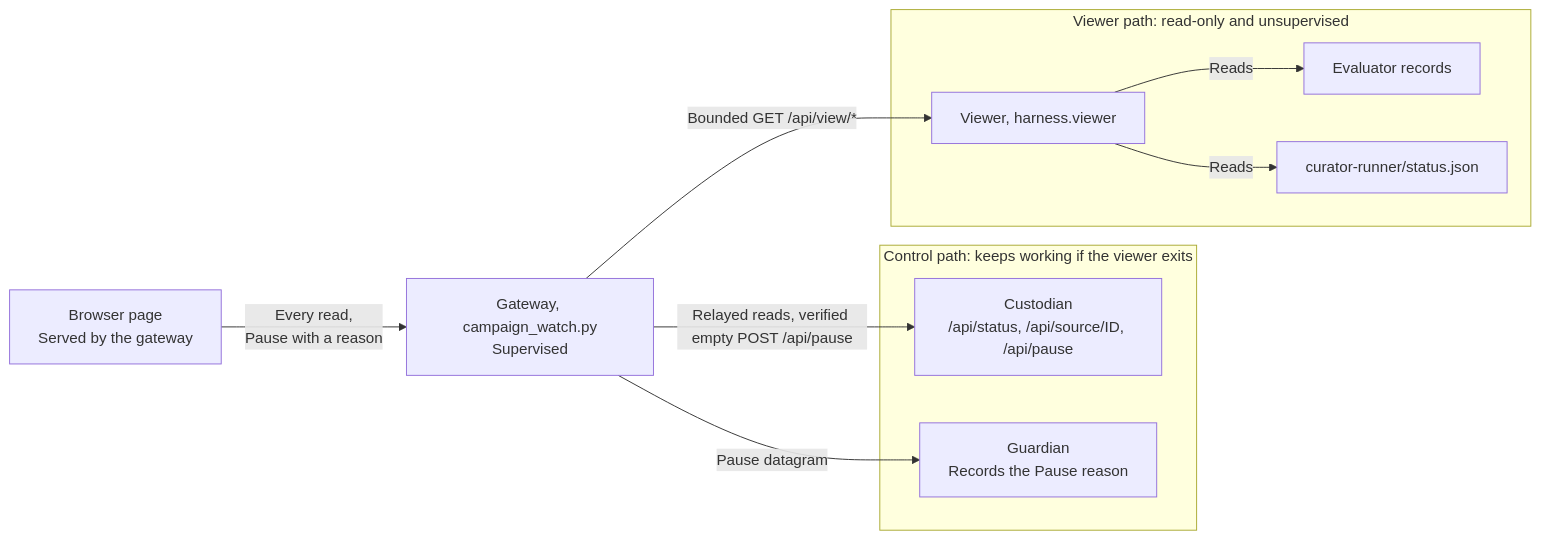
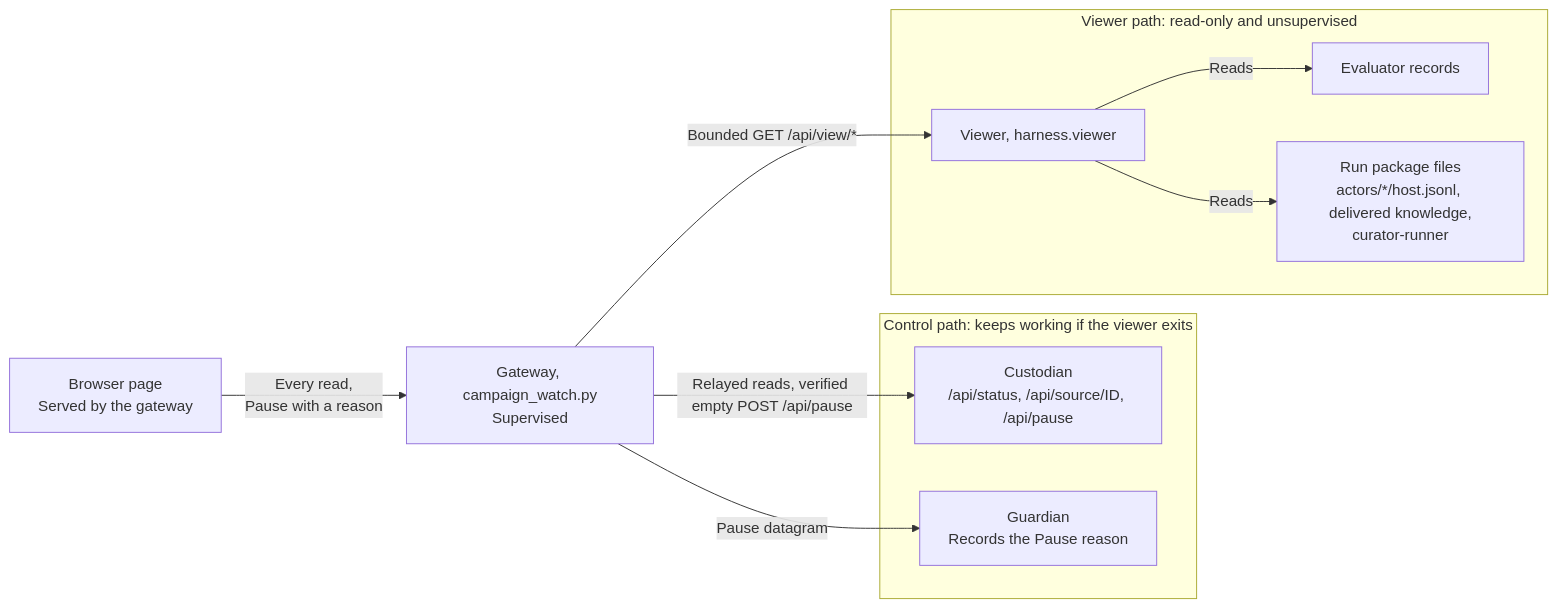
Before and after one commit to CVX-Hull/enactive: the diagram in docs/components/spectator.md, drawn with Mermaid. The commit also changed other lines of this file and 39 other files, not shown here.

````diff
--- a/docs/components/spectator.md
+++ b/docs/components/spectator.md
@@ -17,20 +17,20 @@
 ```mermaid
 flowchart LR
   accTitle: Spectator control path and read-only viewer
-  accDescr: The browser talks only to the gateway. On the control path the gateway relays status and source reads and a verified Pause to the custodian and tells the guardian about a Pause. On the viewer path it forwards bounded read requests to an unsupervised viewer, which reads evaluator records and the curator runner's status file. The viewer has no route to the custodian, so its exit changes neither Pause nor the live frame.
+  accDescr: The browser talks only to the gateway. On the control path the gateway relays status and source reads and a verified Pause to the custodian and tells the guardian about a Pause. On the viewer path it forwards bounded read requests to an unsupervised viewer, which reads evaluator records and files of the run package, the host traces, delivered knowledge and curator runner files among them. The viewer has no route to the custodian, so its exit changes neither Pause nor the live frame.
   B["Browser page<br/>Served by the gateway"] -->|"Every read,<br/>Pause with a reason"| G["Gateway, campaign_watch.py<br/>Supervised"]
   subgraph P["Control path: keeps working if the viewer exits"]
     C["Custodian<br/>/api/status, /api/source/ID, /api/pause"]
     D["Guardian<br/>Records the Pause reason"]
   end
   subgraph R["Viewer path: read-only and unsupervised"]
     V["Viewer, harness.viewer"]
     E["Evaluator records"]
-    S["curator-runner/status.json"]
+    S["Run package files<br/>actors/*/host.jsonl, delivered knowledge,<br/>curator-runner"]
   end
   G -->|"Relayed reads, verified empty POST /api/pause"| C
   G -->|"Pause datagram"| D
   G -->|"Bounded GET /api/view/*"| V
   V -->|"Reads"| E
   V -->|"Reads"| S
 ```
````
